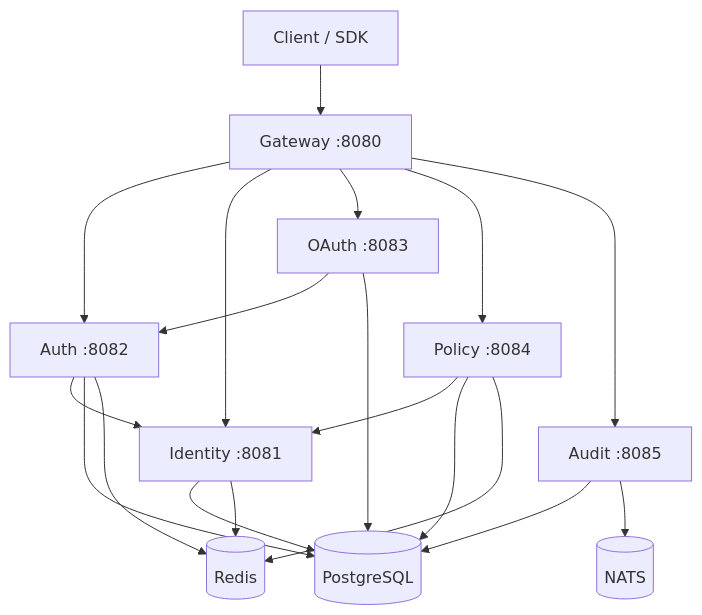
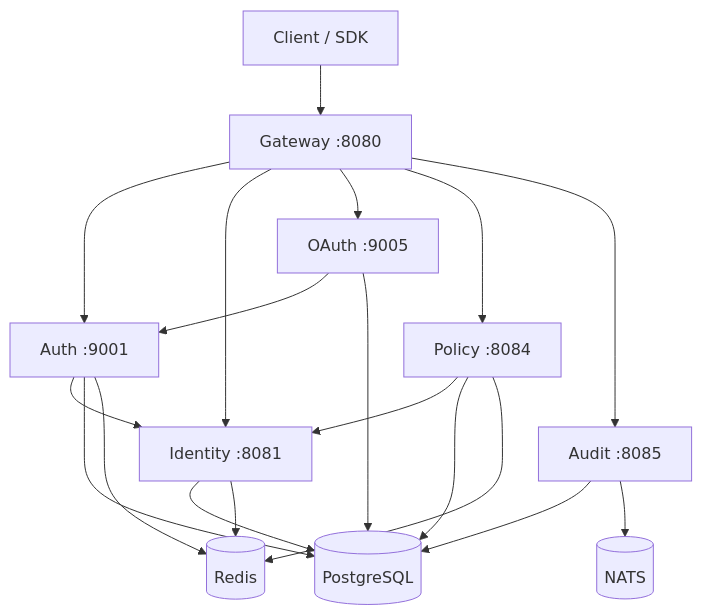
The diagram in README.md (topcheer/ggid), drawn with Mermaid before and after one commit.

Commit message:
fix: README port corrections (auth 9001, oauth 9005)

````diff
--- a/README.md
+++ b/README.md
@@ -79,32 +79,32 @@
 ```mermaid
 graph TB
     Client[Client / SDK]
     GW[Gateway :8080]
-    Auth[Auth :8082]
+    Auth[Auth :9001]
     ID[Identity :8081]
-    OAuth[OAuth :8083]
+    OAuth[OAuth :9005]
     Policy[Policy :8084]
     Audit[Audit :8085]
     PG[(PostgreSQL)]
     Redis[(Redis)]
     NATS[(NATS)]
 
     Client --> GW
     GW --> Auth
     GW --> ID
     GW --> OAuth
     GW --> Policy
     Auth --> ID
     OAuth --> Auth
     Policy --> ID
     GW --> Audit
     ID --> PG
     Auth --> PG
     OAuth --> PG
     Policy --> PG
     Audit --> PG
     Auth --> Redis
     ID --> Redis
     Policy --> Redis
     Audit --> NATS
 ```
````
